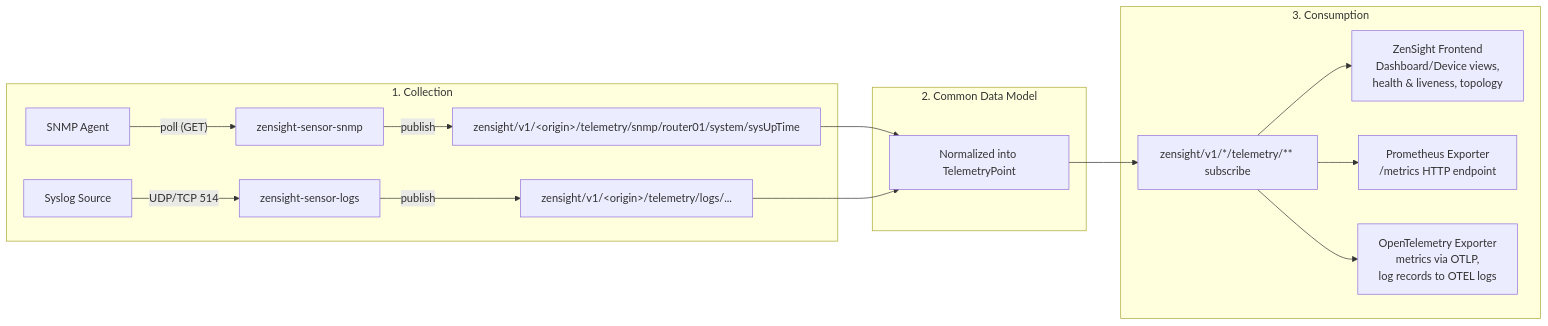
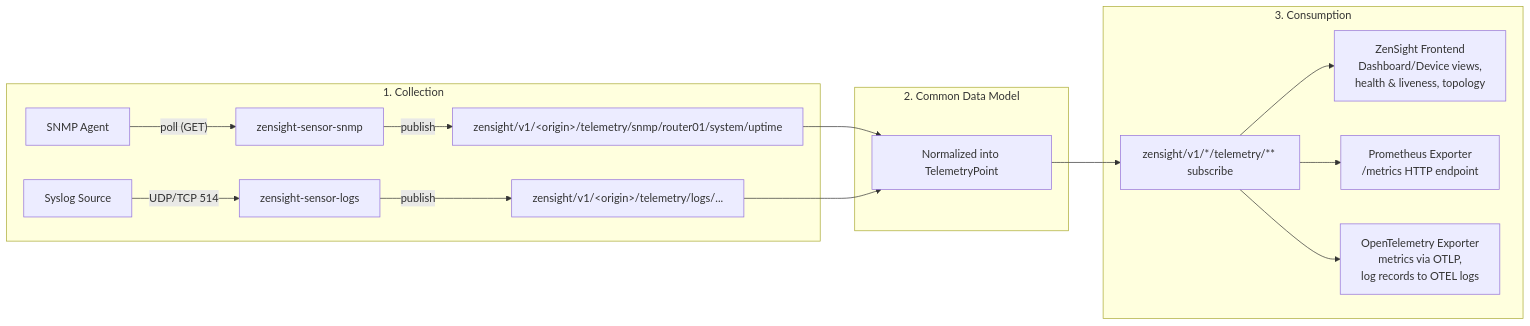
One commit to p13marc/zensight changed the third of 8 diagrams in docs/ARCHITECTURE.md. Above: the diagram before and after it, drawn with Mermaid. The commit also changed other lines of this file and 2 other files, not shown here.

First line of the commit message:
docs: refresh the SNMP examples that outlived the 0.11 rename (#647)

````diff
--- a/docs/ARCHITECTURE.md
+++ b/docs/ARCHITECTURE.md
@@ -102,29 +102,29 @@
 ```mermaid
 flowchart LR
     subgraph Collection["1. Collection"]
         SNMPAgent["SNMP Agent"] -- "poll (GET)" --> SnmpSensor["zensight-sensor-snmp"]
-        SnmpSensor -- publish --> SnmpKey["zensight/v1/&lt;origin&gt;/telemetry/snmp/router01/system/sysUpTime"]
+        SnmpSensor -- publish --> SnmpKey["zensight/v1/&lt;origin&gt;/telemetry/snmp/router01/system/uptime"]
 
         SyslogSource["Syslog Source"] -- "UDP/TCP 514" --> LogsSensor["zensight-sensor-logs"]
         LogsSensor -- publish --> LogsKey["zensight/v1/&lt;origin&gt;/telemetry/logs/..."]
     end
 
     subgraph Model["2. Common Data Model"]
         TP["Normalized into TelemetryPoint"]
     end
 
     SnmpKey --> TP
     LogsKey --> TP
 
     subgraph Consumption["3. Consumption"]
         Bus["zensight/v1/*/telemetry/** subscribe"]
         Frontend["ZenSight Frontend<br/>Dashboard/Device views,<br/>health &amp; liveness, topology"]
         PromExp["Prometheus Exporter<br/>/metrics HTTP endpoint"]
         OtelExp["OpenTelemetry Exporter<br/>metrics via OTLP,<br/>log records to OTEL logs"]
     end
 
     TP --> Bus
     Bus --> Frontend
     Bus --> PromExp
     Bus --> OtelExp
 ```
````
